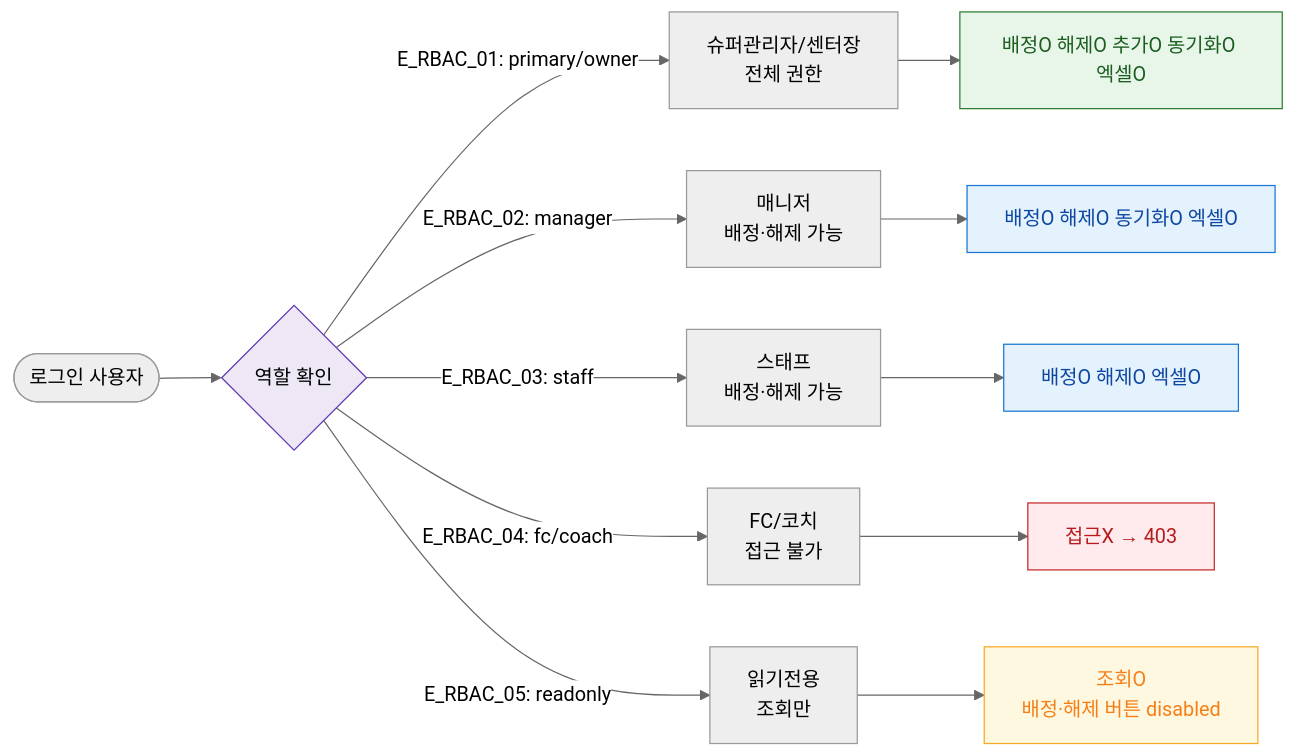
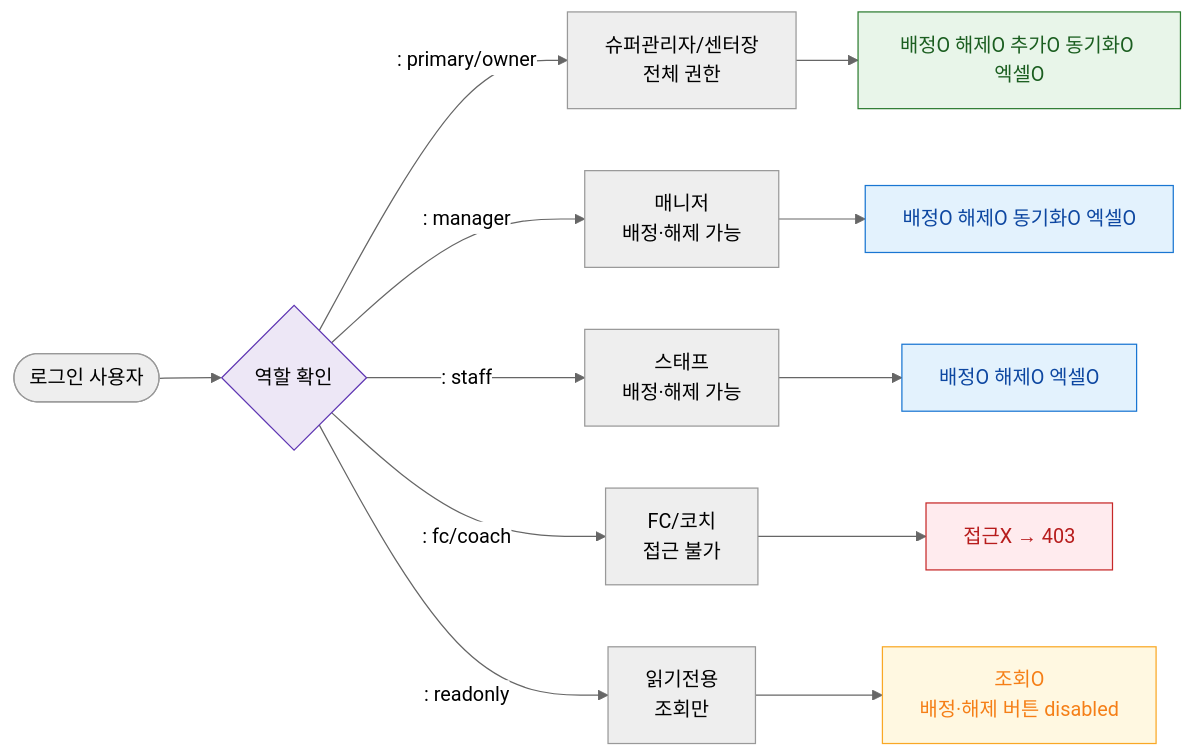
Before and after one commit to dev-spogym/admin-pando: the diagram in docs/다이어그램/D06_시설관리/SCR-051_사물함배정관리/F7_권한.md, drawn with Mermaid (neutral theme). The commit also changed other lines of this file and 1660 other files, not shown here.

First line of the commit message:
다이어그램: 기획자/클라이언트 납품본으로 정리

````diff
--- a/docs/다이어그램/D06_시설관리/SCR-051_사물함배정관리/F7_권한.md
+++ b/docs/다이어그램/D06_시설관리/SCR-051_사물함배정관리/F7_권한.md
@@ -19,29 +17,29 @@
 ```mermaid
 flowchart LR
     Login([로그인 사용자]) --> RoleCheck{역할 확인}
 
-    RoleCheck -->|"E_RBAC_01: primary/owner"| RolePO[슈퍼관리자/센터장\n전체 권한]
-    RoleCheck -->|"E_RBAC_02: manager"| RoleMgr[매니저\n배정·해제 가능]
-    RoleCheck -->|"E_RBAC_03: staff"| RoleStaff[스태프\n배정·해제 가능]
-    RoleCheck -->|"E_RBAC_04: fc/coach"| RoleFC[FC/코치\n접근 불가]
-    RoleCheck -->|"E_RBAC_05: readonly"| RoleRO[읽기전용\n조회만]
+    RoleCheck -->|": primary/owner"|RolePO[슈퍼관리자/센터장\n전체 권한]
+    RoleCheck -->|": manager"|RoleMgr[매니저\n배정·해제 가능]
+    RoleCheck -->|": staff"|RoleStaff[스태프\n배정·해제 가능]
+    RoleCheck -->|": fc/coach"|RoleFC[FC/코치\n접근 불가]
+    RoleCheck -->|": readonly"|RoleRO[읽기전용\n조회만]
 
     RolePO --> A_FULL[배정O 해제O 추가O 동기화O 엑셀O]
     RoleMgr --> A_MGR[배정O 해제O 동기화O 엑셀O]
     RoleStaff --> A_STAFF[배정O 해제O 엑셀O]
     RoleFC --> A_BLOCKED[접근X → 403]
     RoleRO --> A_RO[조회O\n배정·해제 버튼 disabled]
 
     classDef success fill:#E8F5E9,stroke:#2E7D32,color:#1B5E20
     classDef screen fill:#E3F2FD,stroke:#1976D2,color:#0D47A1
     classDef warning fill:#FFF8E1,stroke:#F9A825,color:#F57F17
     classDef error fill:#FFEBEE,stroke:#C62828,color:#B71C1C
     classDef rbacBlocked fill:#F5F5F5,stroke:#9E9E9E,color:#616161
     classDef system fill:#EDE7F6,stroke:#5E35B2
 
     class A_FULL success
     class A_MGR,A_STAFF screen
     class A_RO warning
     class A_BLOCKED error
     class RoleCheck system
 ```
````
